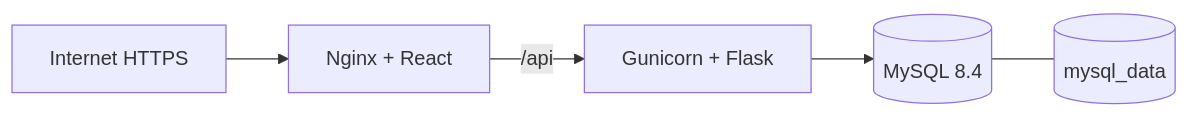
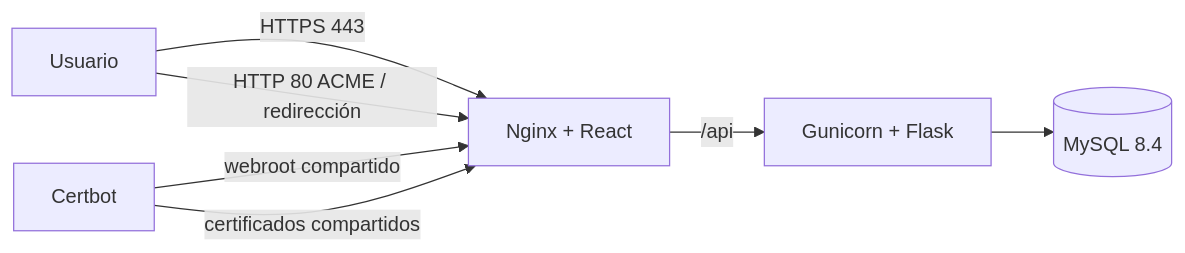
Before and after one commit to willder2305/MisionMatematica: the diagram in DOCKER_DEPLOY.md, drawn with Mermaid. The commit also changed other lines of this file and 14 other files, not shown here.

````diff
--- a/DOCKER_DEPLOY.md
+++ b/DOCKER_DEPLOY.md
@@ -5,7 +7,9 @@
 ```mermaid
 flowchart LR
-    U[Internet HTTPS] --> N[Nginx + React]
+    U[Usuario] -->|HTTPS 443| N[Nginx + React]
+    U -->|HTTP 80 ACME / redirección| N
     N -->|/api| B[Gunicorn + Flask]
     B --> D[(MySQL 8.4)]
-    D --- V[(mysql_data)]
+    C[Certbot] -->|webroot compartido| N
+    C -->|certificados compartidos| N
 ```
````
